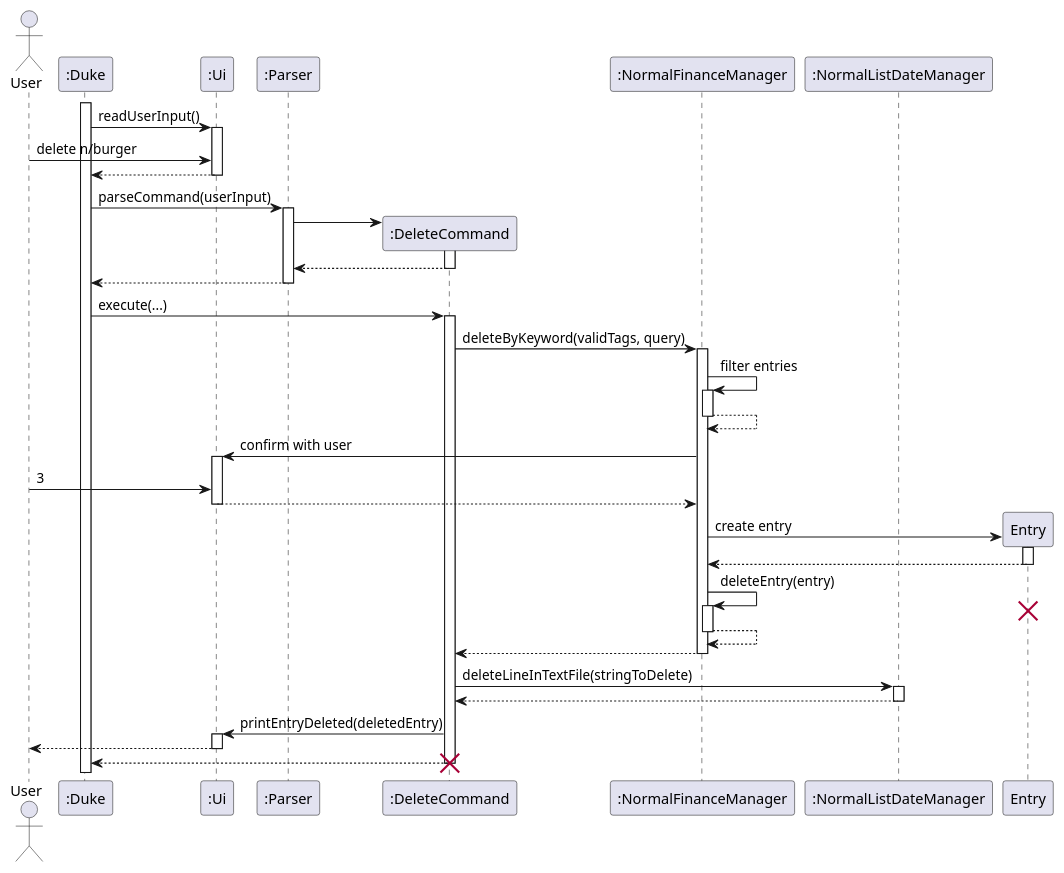
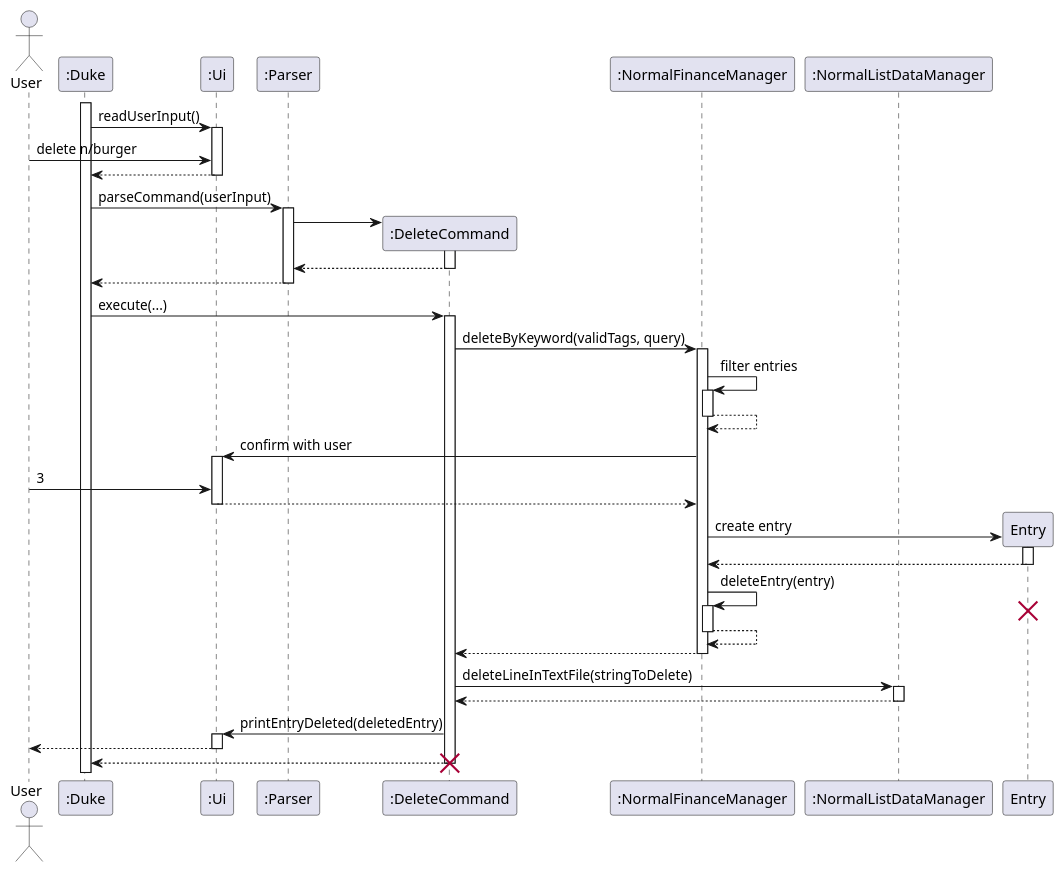
The diagram in docs/diagrams/ArchitectureSequenceDiagram.puml (yanjia1777/tp), drawn with PlantUML before and after one commit. The commit also changed 1 other file, not shown here.

Commit message:
Fix architecture sequence diagram

```diff
--- a/docs/diagrams/ArchitectureSequenceDiagram.puml
+++ b/docs/diagrams/ArchitectureSequenceDiagram.puml
@@ -1,62 +1,62 @@
 @startuml
 Actor User
 Participant ":Duke" as Duke
 Participant ":Ui" as Ui
 Participant ":Parser" as Parser
 Participant ":DeleteCommand" as DeleteCommand
 Participant ":NormalFinanceManager" as NormalFinanceManager
-Participant ":NormalListDateManager" as NormalListDataManager
+Participant ":NormalListDataManager" as NormalListDataManager
 
 activate Duke
 Duke -> Ui: readUserInput()
 activate Ui
 User -> Ui : delete n/burger
 Ui --> Duke
 deactivate Ui
 Duke -> Parser : parseCommand(userInput)
 activate Parser
 create DeleteCommand
 Parser -> DeleteCommand
 activate DeleteCommand
 DeleteCommand --> Parser
 deactivate DeleteCommand
 Parser --> Duke
 deactivate Parser
 
 Duke -> DeleteCommand : execute(...)
 activate DeleteCommand
 DeleteCommand -> NormalFinanceManager : deleteByKeyword(validTags, query)
 activate NormalFinanceManager
 NormalFinanceManager -> NormalFinanceManager : filter entries
 activate NormalFinanceManager
 NormalFinanceManager --> NormalFinanceManager
 deactivate NormalFinanceManager
 NormalFinanceManager -> Ui : confirm with user
 activate Ui
 User -> Ui : 3
 Ui --> NormalFinanceManager
 deactivate Ui
 create Entry
 NormalFinanceManager -> Entry : create entry
 activate Entry
 Entry --> NormalFinanceManager
 deactivate Entry
 NormalFinanceManager -> NormalFinanceManager : deleteEntry(entry)
 activate NormalFinanceManager
 destroy Entry
 NormalFinanceManager --> NormalFinanceManager
 deactivate NormalFinanceManager
 NormalFinanceManager --> DeleteCommand
 deactivate NormalFinanceManager
 DeleteCommand -> NormalListDataManager : deleteLineInTextFile(stringToDelete)
 activate NormalListDataManager
 NormalListDataManager --> DeleteCommand
 deactivate NormalListDataManager
 DeleteCommand -> Ui : printEntryDeleted(deletedEntry)
 activate Ui
 Ui --> User
 deactivate Ui
 DeleteCommand --> Duke
 deactivate DeleteCommand
 destroy DeleteCommand
 @enduml
```
